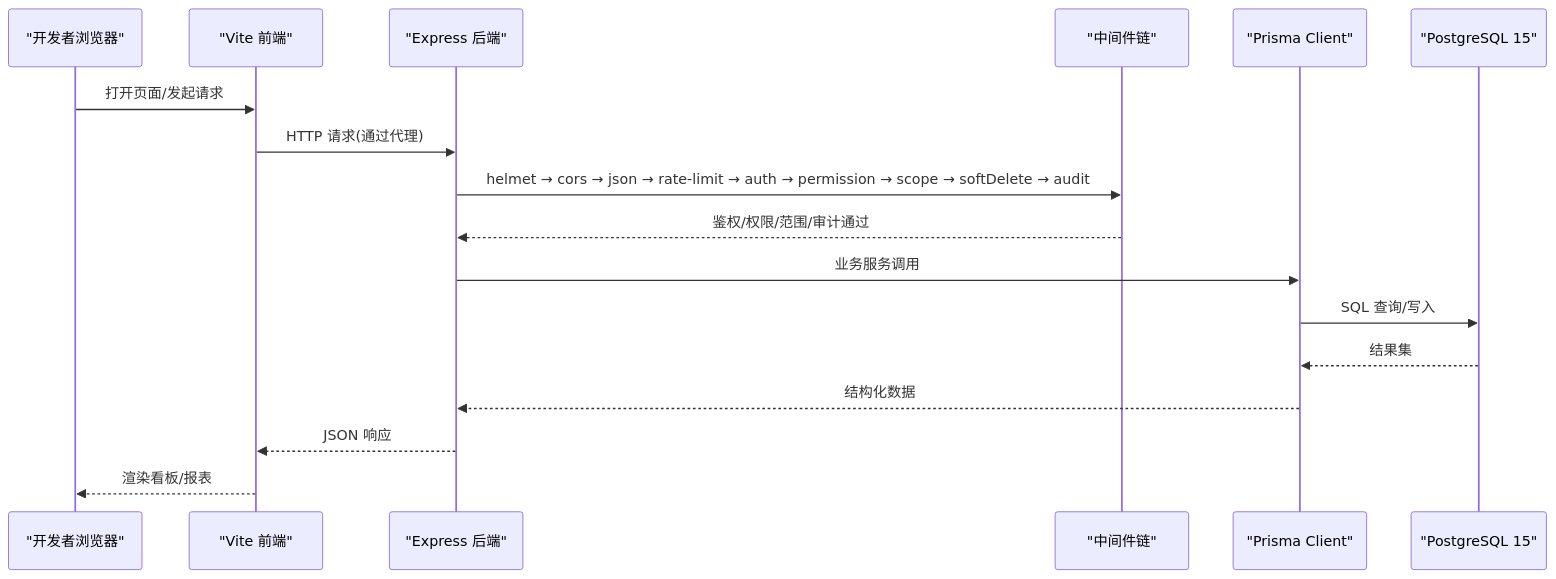
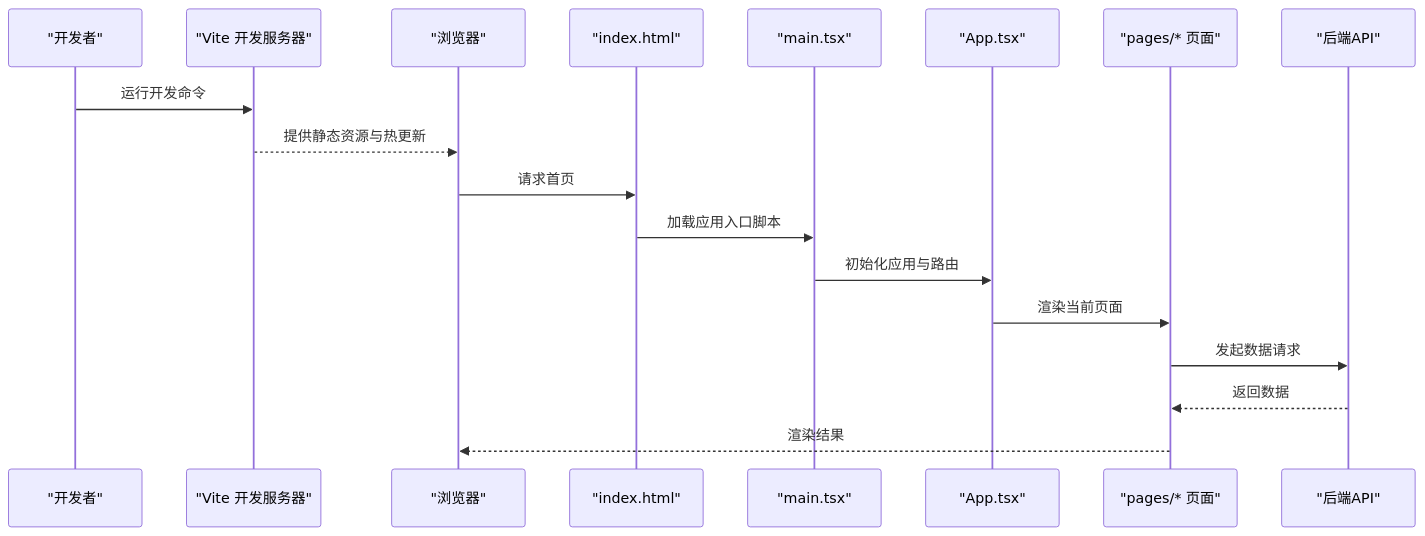
Before and after one commit to Damao997/newproject: the second of 4 diagrams in .qoder/repowiki/zh/content/快速开始.md, drawn with Mermaid. The commit also changed other lines of this file and 391 other files, not shown here.

````diff
--- a/.qoder/repowiki/zh/content/快速开始.md
+++ b/.qoder/repowiki/zh/content/快速开始.md
@@ -88,19 +114,20 @@
 ```mermaid
 sequenceDiagram
-participant Dev as "开发者浏览器"
-participant Web as "Vite 前端"
-participant BE as "Express 后端"
-participant MW as "中间件链"
-participant PRISMA as "Prisma Client"
-participant PG as "PostgreSQL 15"
-Dev->>Web : 打开页面/发起请求
-Web->>BE : HTTP 请求(通过代理)
-BE->>MW : helmet → cors → json → rate-limit → auth → permission → scope → softDelete → audit
-MW-->>BE : 鉴权/权限/范围/审计通过
-BE->>PRISMA : 业务服务调用
-PRISMA->>PG : SQL 查询/写入
-PG-->>PRISMA : 结果集
-PRISMA-->>BE : 结构化数据
-BE-->>Web : JSON 响应
-Web-->>Dev : 渲染看板/报表
+participant Dev as "开发者"
+participant Vite as "Vite 开发服务器"
+participant Browser as "浏览器"
+participant Entry as "index.html"
+participant Main as "main.tsx"
+participant App as "App.tsx"
+participant Page as "pages/* 页面"
+participant API as "后端API"
+Dev->>Vite : 运行开发命令
+Vite-->>Browser : 提供静态资源与热更新
+Browser->>Entry : 请求首页
+Entry->>Main : 加载应用入口脚本
+Main->>App : 初始化应用与路由
+App->>Page : 渲染当前页面
+Page->>API : 发起数据请求
+API-->>Page : 返回数据
+Page-->>Browser : 渲染结果
 ```
````
